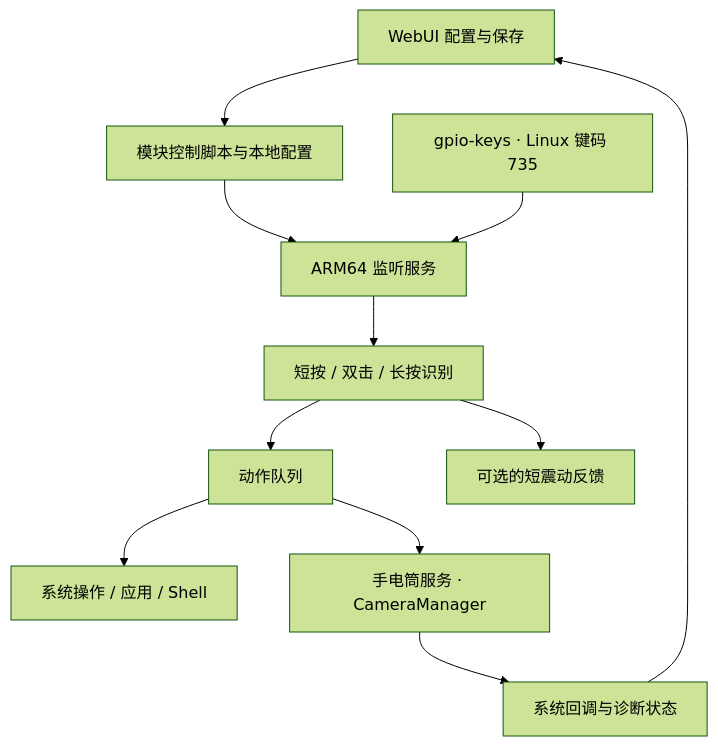
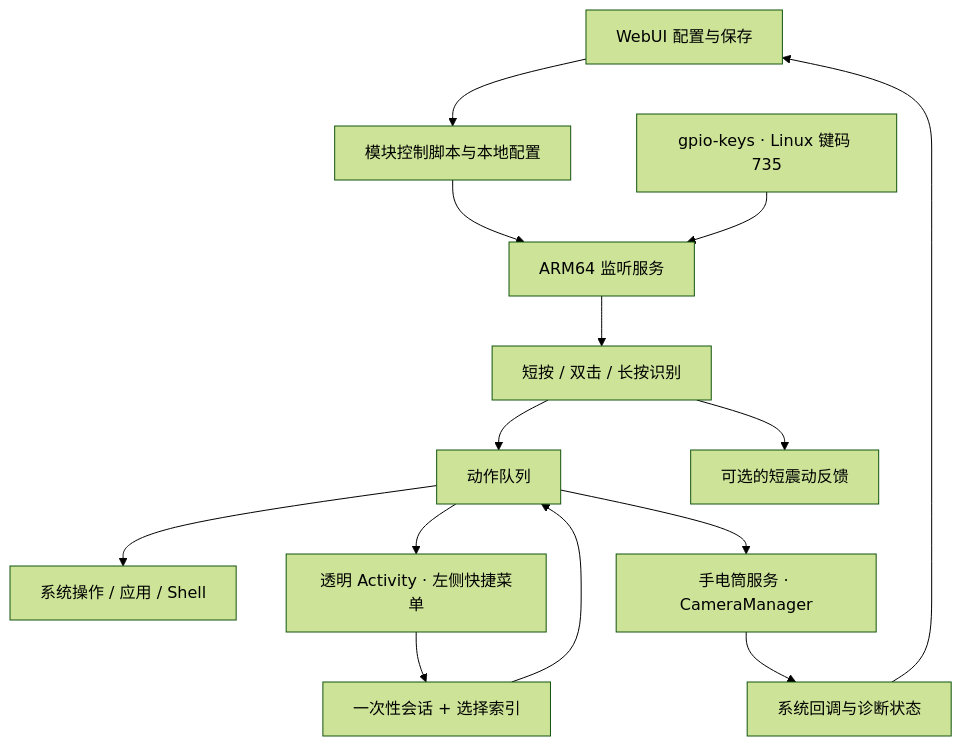
Before and after one commit to zhujiu39/findx8s-sidekey: the diagram in README.md, drawn with Mermaid (forest theme). The commit also changed other lines of this file and 27 other files, not shown here.

````diff
--- a/README.md
+++ b/README.md
@@ -245,13 +263,16 @@
 ```mermaid
 flowchart TD
     A["WebUI 配置与保存"] --> B["模块控制脚本与本地配置"]
     B --> C["ARM64 监听服务"]
     D["gpio-keys · Linux 键码 735"] --> C
     C --> E["短按 / 双击 / 长按识别"]
     E --> F["动作队列"]
     E --> G["可选的短震动反馈"]
     F --> H["系统操作 / 应用 / Shell"]
+    F --> M["透明 Activity · 左侧快捷菜单"]
+    M --> N["一次性会话 + 选择索引"]
+    N --> F
     F --> I["手电筒服务 · CameraManager"]
     I --> J["系统回调与诊断状态"]
     J --> A
 ```
````
